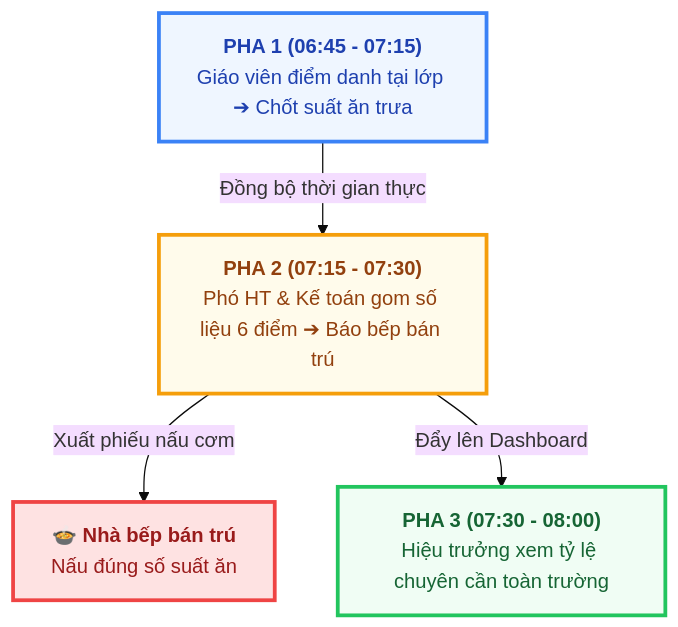
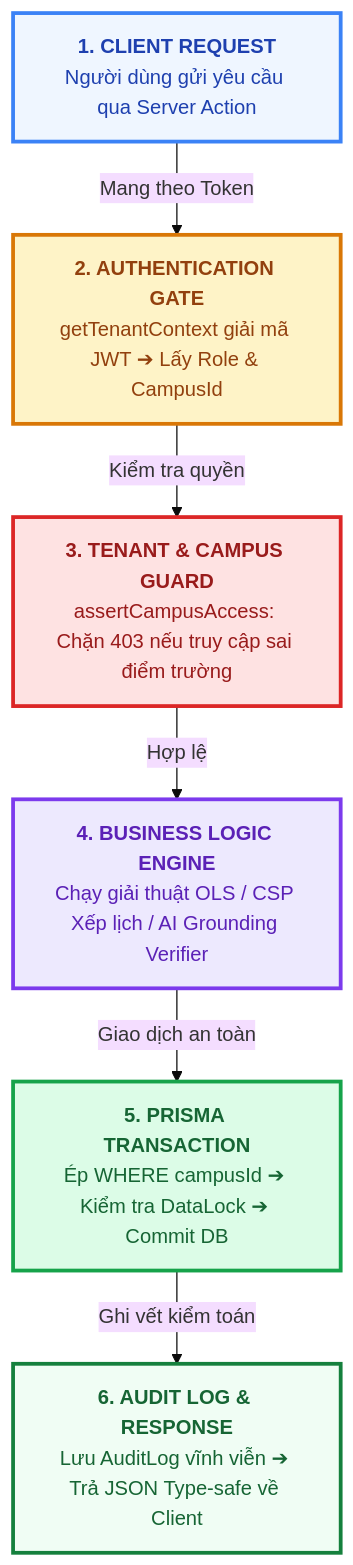
Before and after one commit to Phuc2009-c/quanlytruonghocc: the second of 5 diagrams in THUYET_MINH_VIBE_CODING_WORKFLOW_LOGIC.md, drawn with Mermaid. The commit also changed other lines of this file, not shown here.

Commit message:
docs: chuan hoa 100% logic ky thuat phan mem, loai bo chi tiet hau can ban tru va bo sung so do request lifecycle

````diff
--- a/THUYET_MINH_VIBE_CODING_WORKFLOW_LOGIC.md
+++ b/THUYET_MINH_VIBE_CODING_WORKFLOW_LOGIC.md
@@ -327,14 +349,21 @@
 ```mermaid
 %%{init: {'theme': 'base', 'themeVariables': { 'fontSize': '16px', 'fontFamily': 'Arial' }}}%%
 graph TD
-    P1["<b>PHA 1 (06:45 - 07:15)</b><br/>Giáo viên điểm danh tại lớp ➔ Chốt suất ăn trưa"]
-    -->|"Đồng bộ thời gian thực"| P2["<b>PHA 2 (07:15 - 07:30)</b><br/>Phó HT & Kế toán gom số liệu 6 điểm ➔ Báo bếp bán trú"]
+    B1["<b>1. CLIENT REQUEST</b><br/>Người dùng gửi yêu cầu qua Server Action"]
+    -->|"Mang theo Token"| B2["<b>2. AUTHENTICATION GATE</b><br/>getTenantContext giải mã JWT ➔ Lấy Role & CampusId"]
     
-    P2 -->|"Xuất phiếu nấu cơm"| Bep["<b>🍲 Nhà bếp bán trú</b><br/>Nấu đúng số suất ăn"]
-    P2 -->|"Đẩy lên Dashboard"| P3["<b>PHA 3 (07:30 - 08:00)</b><br/>Hiệu trưởng xem tỷ lệ chuyên cần toàn trường"]
+    B2 -->|"Kiểm tra quyền"| B3["<b>3. TENANT & CAMPUS GUARD</b><br/>assertCampusAccess: Chặn 403 nếu truy cập sai điểm trường"]
+    
+    B3 -->|"Hợp lệ"| B4["<b>4. BUSINESS LOGIC ENGINE</b><br/>Chạy giải thuật OLS / CSP Xếp lịch / AI Grounding Verifier"]
+    
+    B4 -->|"Giao dịch an toàn"| B5["<b>5. PRISMA TRANSACTION</b><br/>Ép WHERE campusId ➔ Kiểm tra DataLock ➔ Commit DB"]
+    
+    B5 -->|"Ghi vết kiểm toán"| B6["<b>6. AUDIT LOG & RESPONSE</b><br/>Lưu AuditLog vĩnh viễn ➔ Trả JSON Type-safe về Client"]
 
-    style P1 fill:#eff6ff,stroke:#3b82f6,stroke-width:3px,color:#1e40af
-    style P2 fill:#fffbeb,stroke:#f59e0b,stroke-width:3px,color:#92400e
-    style P3 fill:#f0fdf4,stroke:#22c55e,stroke-width:3px,color:#166534
-    style Bep fill:#fee2e2,stroke:#ef4444,stroke-width:3px,color:#991b1b
+    style B1 fill:#eff6ff,stroke:#3b82f6,stroke-width:3px,color:#1e40af
+    style B2 fill:#fef3c7,stroke:#d97706,stroke-width:3px,color:#92400e
+    style B3 fill:#fee2e2,stroke:#dc2626,stroke-width:3px,color:#991b1b
+    style B4 fill:#ede9fe,stroke:#7c3aed,stroke-width:3px,color:#5b21b6
+    style B5 fill:#dcfce7,stroke:#16a34a,stroke-width:3px,color:#166534
+    style B6 fill:#f0fdf4,stroke:#15803d,stroke-width:3px,color:#166534
 ```
````
